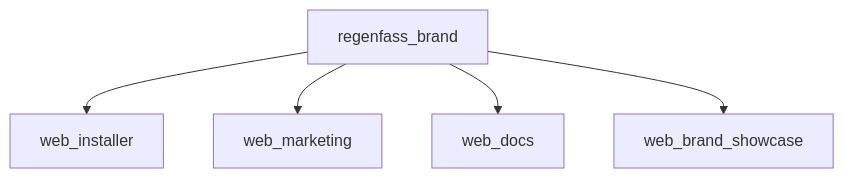
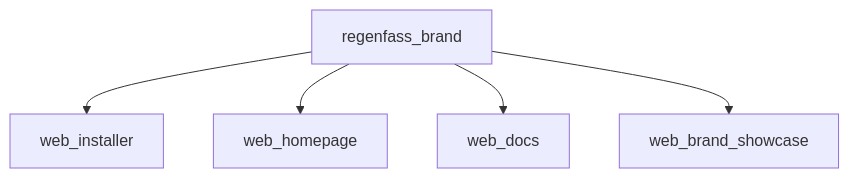
The diagram in docs/Component-Structure.md (ttnleipzig/regenfass), drawn with Mermaid before and after one commit. The commit also changed other lines of this file and 47 other files, not shown here.

Commit message:
refactor(web): rename marketing app to homepage

````diff
--- a/docs/Component-Structure.md
+++ b/docs/Component-Structure.md
@@ -30,12 +30,12 @@
 ```mermaid
 flowchart TB
   brand[regenfass_brand]
   installer[web_installer]
-  marketing[web_marketing]
+  homepage[web_homepage]
   docs[web_docs]
   showcase[web_brand_showcase]
   brand --> installer
-  brand --> marketing
+  brand --> homepage
   brand --> docs
   brand --> showcase
 ```
````
